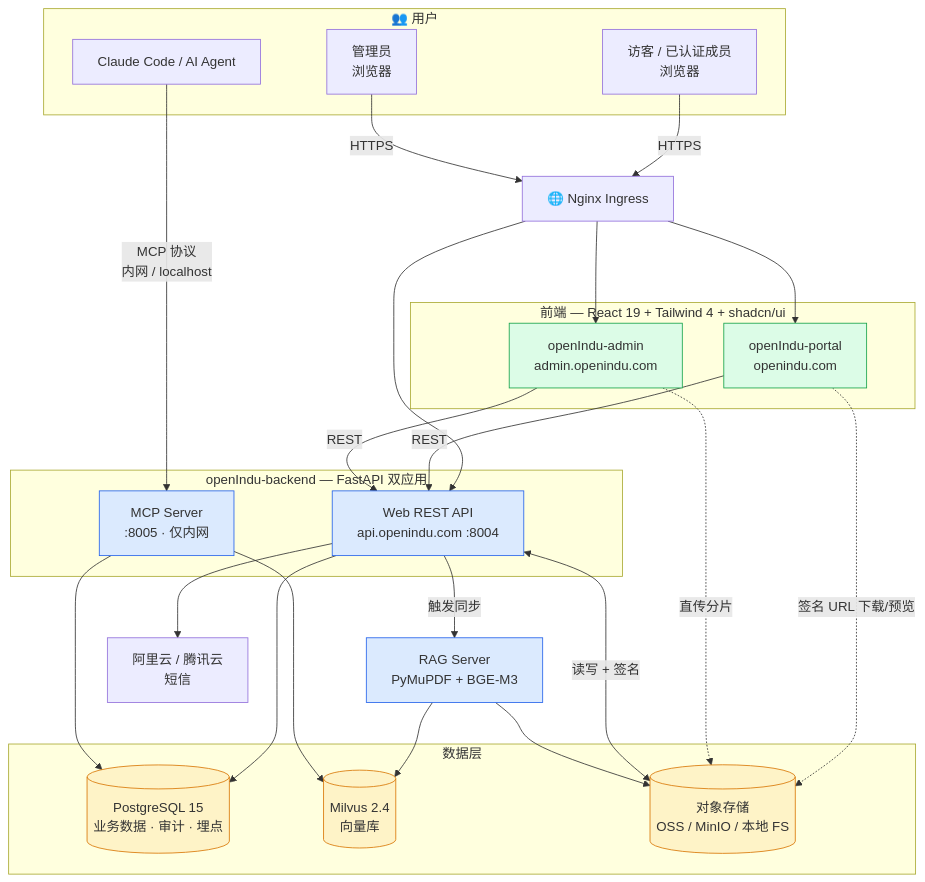
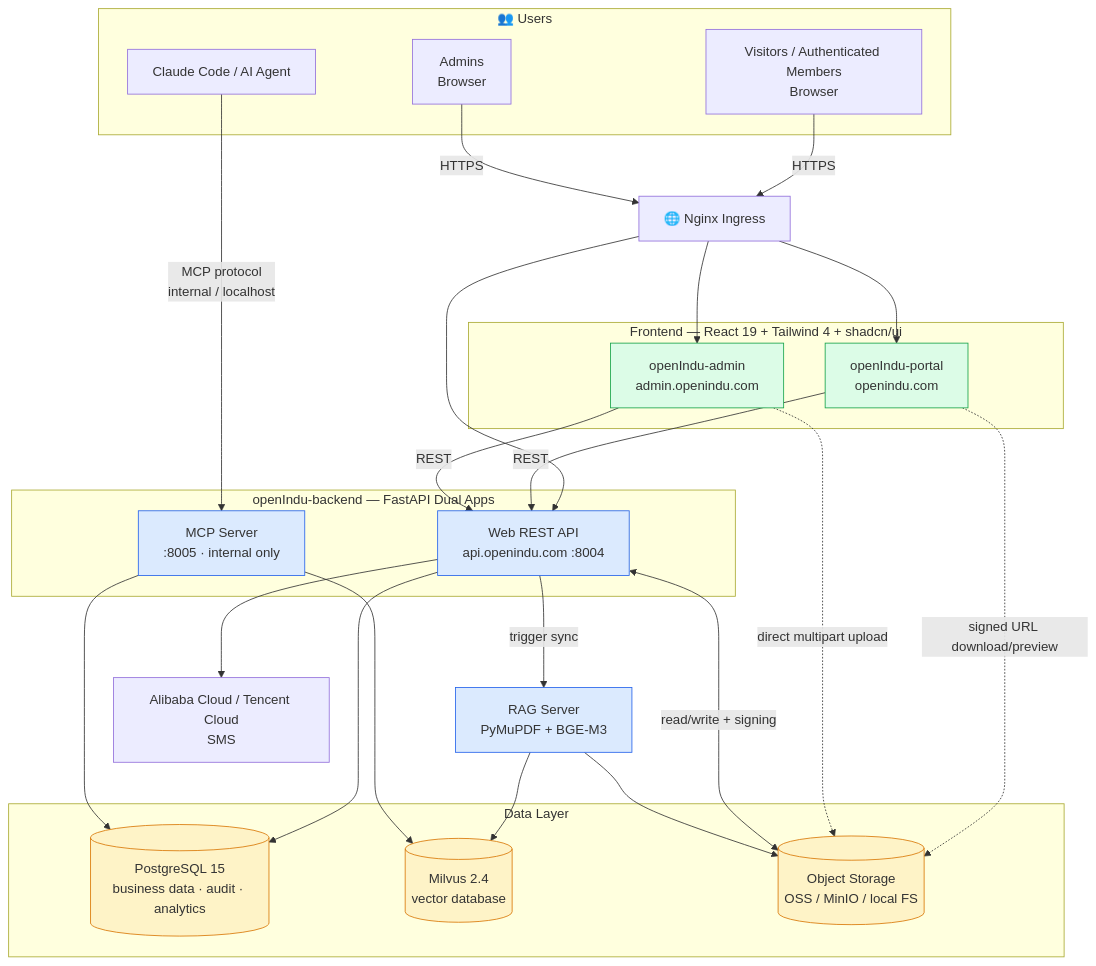
The diagram in README.md (openIndu/openIndu-website), drawn with Mermaid before and after one commit. The commit also changed other lines of this file and 1 other file, not shown here.

````diff
--- a/README.md
+++ b/README.md
@@ -25,59 +27,59 @@
 ```mermaid
 graph TB
-    subgraph Users["👥 用户"]
-        U1["访客 / 已认证成员<br/>浏览器"]
-        U2["管理员<br/>浏览器"]
+    subgraph Users["👥 Users"]
+        U1["Visitors / Authenticated Members<br/>Browser"]
+        U2["Admins<br/>Browser"]
         U3["Claude Code / AI Agent"]
     end
 
     ING["🌐 Nginx Ingress"]
 
-    subgraph Frontend["前端 — React 19 + Tailwind 4 + shadcn/ui"]
+    subgraph Frontend["Frontend — React 19 + Tailwind 4 + shadcn/ui"]
         P["openIndu-portal<br/>openindu.com"]
         A["openIndu-admin<br/>admin.openindu.com"]
     end
 
-    subgraph Backend["openIndu-backend — FastAPI 双应用"]
+    subgraph Backend["openIndu-backend — FastAPI Dual Apps"]
         W["Web REST API<br/>api.openindu.com :8004"]
-        M["MCP Server<br/>:8005 · 仅内网"]
+        M["MCP Server<br/>:8005 · internal only"]
     end
 
-    subgraph Data["数据层"]
-        PG[("PostgreSQL 15<br/>业务数据 · 审计 · 埋点")]
-        ML[("Milvus 2.4<br/>向量库")]
-        OSS[("对象存储<br/>OSS / MinIO / 本地 FS")]
+    subgraph Data["Data Layer"]
+        PG[("PostgreSQL 15<br/>business data · audit · analytics")]
+        ML[("Milvus 2.4<br/>vector database")]
+        OSS[("Object Storage<br/>OSS / MinIO / local FS")]
     end
 
     RAG["RAG Server<br/>PyMuPDF + BGE-M3"]
-    SMS["阿里云 / 腾讯云<br/>短信"]
+    SMS["Alibaba Cloud / Tencent Cloud<br/>SMS"]
 
     U1 -->|HTTPS| ING
     U2 -->|HTTPS| ING
     ING --> P
     ING --> A
     ING --> W
 
     P -->|REST| W
     A -->|REST| W
-    P -. "签名 URL 下载/预览" .-> OSS
-    A -. "直传分片" .-> OSS
+    P -. "signed URL download/preview" .-> OSS
+    A -. "direct multipart upload" .-> OSS
 
     W --> PG
-    W <-->|读写 + 签名| OSS
-    W -->|触发同步| RAG
+    W <-->|read/write + signing| OSS
+    W -->|trigger sync| RAG
     W --> SMS
 
     RAG --> OSS
     RAG --> ML
 
     M --> ML
     M --> PG
-    U3 -->|MCP 协议<br/>内网 / localhost| M
+    U3 -->|MCP protocol<br/>internal / localhost| M
 
     classDef storage fill:#fef3c7,stroke:#d97706
     classDef backend fill:#dbeafe,stroke:#2563eb
     classDef frontend fill:#dcfce7,stroke:#16a34a
     class PG,ML,OSS storage
     class W,M,RAG backend
     class P,A frontend
 ```
````
